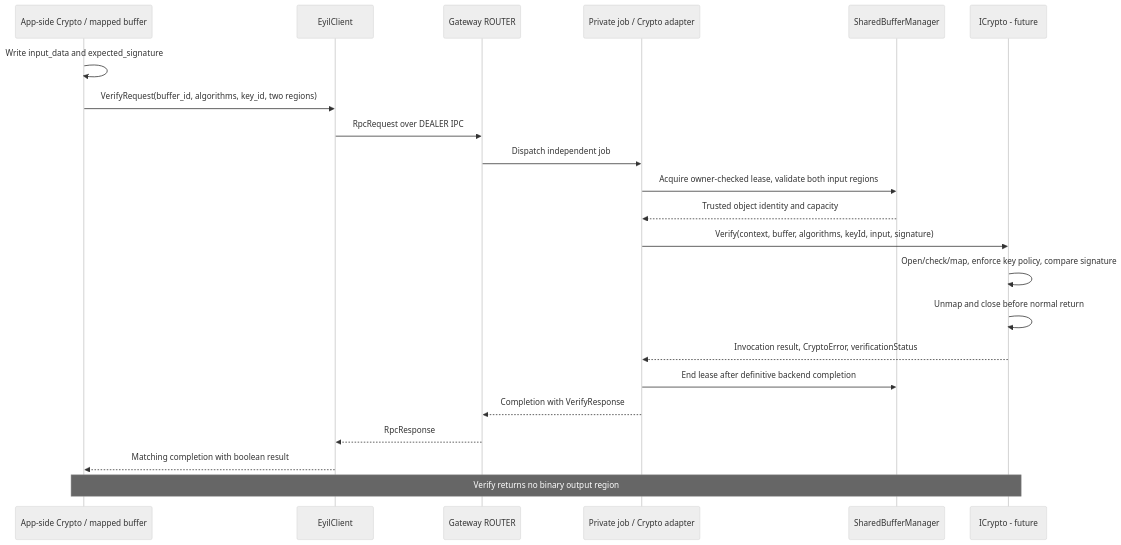
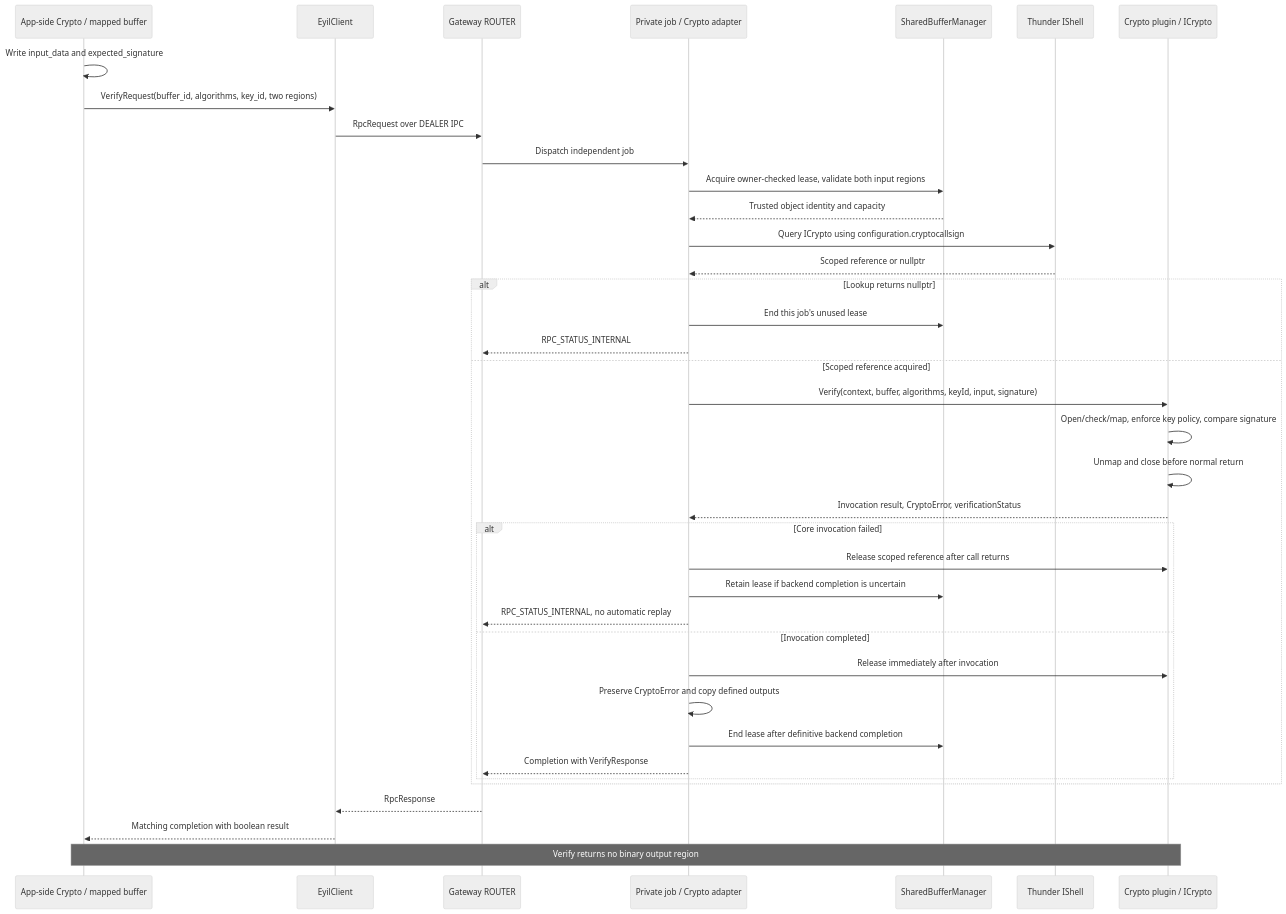
One commit to rdkcentral/eyil-secure-gateway changed diagram 25 of 30 in doc/EyilSecureGateway.md. Above: the diagram before and after it, drawn with Mermaid (neutral theme). The commit also changed other lines of this file, not shown here.

````diff
--- a/doc/EyilSecureGateway.md
+++ b/doc/EyilSecureGateway.md
@@ -2729,24 +2875,40 @@
 ```mermaid
 sequenceDiagram
     participant A as App-side Crypto / mapped buffer
     participant L as EyilClient
     participant R as Gateway ROUTER
     participant J as Private job / Crypto adapter
     participant B as SharedBufferManager
-    participant C as ICrypto - future
+    participant T as Thunder IShell
+    participant C as Crypto plugin / ICrypto
     A->>A: Write input_data and expected_signature
     A->>L: VerifyRequest(buffer_id, algorithms, key_id, two regions)
     L->>R: RpcRequest over DEALER IPC
     R->>J: Dispatch independent job
     J->>B: Acquire owner-checked lease, validate both input regions
     B-->>J: Trusted object identity and capacity
-    J->>C: Verify(context, buffer, algorithms, keyId, input, signature)
-    C->>C: Open/check/map, enforce key policy, compare signature
-    C->>C: Unmap and close before normal return
-    C-->>J: Invocation result, CryptoError, verificationStatus
-    J->>B: End lease after definitive backend completion
-    J-->>R: Completion with VerifyResponse
+    J->>T: Query ICrypto using configuration.cryptocallsign
+    T-->>J: Scoped reference or nullptr
+    alt Lookup returns nullptr
+        J->>B: End this job's unused lease
+        J-->>R: RPC_STATUS_INTERNAL
+    else Scoped reference acquired
+        J->>C: Verify(context, buffer, algorithms, keyId, input, signature)
+        C->>C: Open/check/map, enforce key policy, compare signature
+        C->>C: Unmap and close before normal return
+        C-->>J: Invocation result, CryptoError, verificationStatus
+        alt Core invocation failed
+            J->>C: Release scoped reference after call returns
+            J->>B: Retain lease if backend completion is uncertain
+            J-->>R: RPC_STATUS_INTERNAL, no automatic replay
+        else Invocation completed
+            J->>C: Release immediately after invocation
+            J->>J: Preserve CryptoError and copy defined outputs
+            J->>B: End lease after definitive backend completion
+            J-->>R: Completion with VerifyResponse
+        end
+    end
     R-->>L: RpcResponse
     L-->>A: Matching completion with boolean result
     Note over A,C: Verify returns no binary output region
 ```
````
